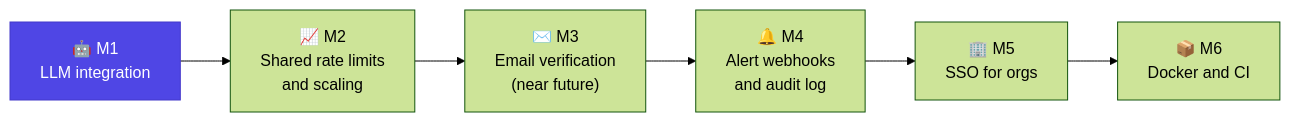
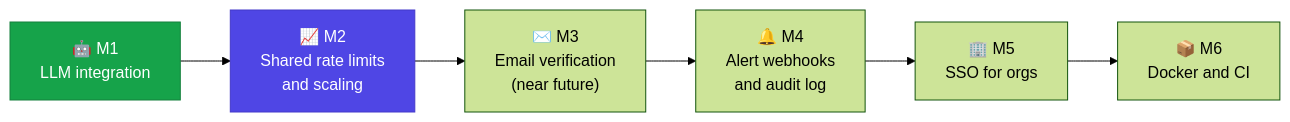
Before and after one commit to parag25mcf10022/API-Token_Abuse-protection-POC: the second of 2 diagrams in README.md, drawn with Mermaid (forest theme). The commit also changed other lines of this file and 11 other files, not shown here.

````diff
--- a/README.md
+++ b/README.md
@@ -273,9 +292,10 @@
 ```mermaid
 flowchart LR
     M1["🤖 M1<br/>LLM integration"] --> M2["📈 M2<br/>Shared rate limits<br/>and scaling"]
     M2 --> M3["✉️ M3<br/>Email verification<br/>(near future)"]
     M3 --> M4["🔔 M4<br/>Alert webhooks<br/>and audit log"]
     M4 --> M5["🏢 M5<br/>SSO for orgs"]
     M5 --> M6["📦 M6<br/>Docker and CI"]
-    style M1 fill:#4f46e5,color:#fff,stroke:#4338ca
+    style M1 fill:#16a34a,color:#fff,stroke:#15803d
+    style M2 fill:#4f46e5,color:#fff,stroke:#4338ca
 ```
````
